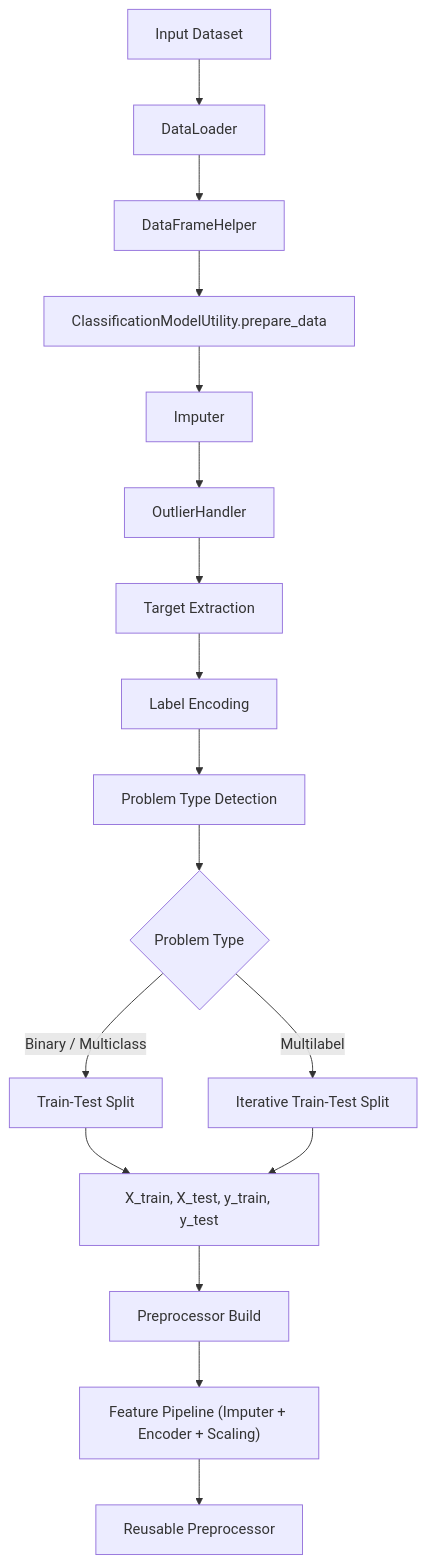
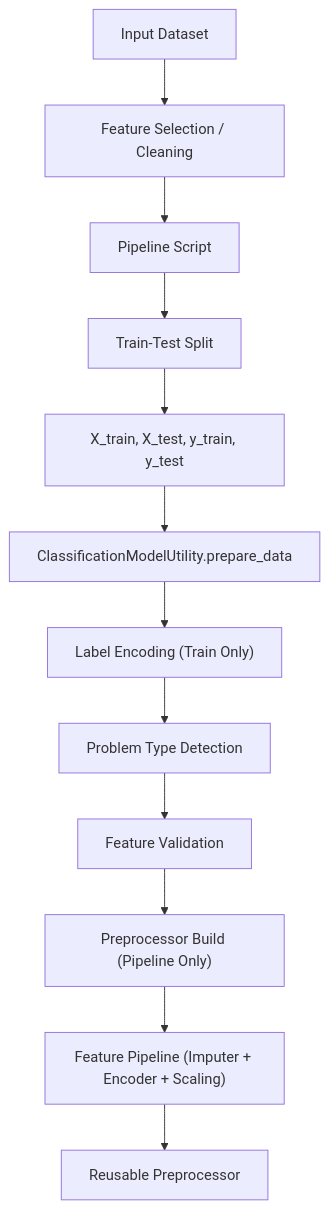
One commit to abhinavssingh/python-learnings changed the first of 4 diagrams in lib/utility/machinelearning/facade/CLASSIFICATIONMODELUTILITY.md. Above: the diagram before and after it, drawn with Mermaid. The commit also changed other lines of this file and 23 other files, not shown here.

Commit message:
refactoring pipeline script for inferencing

````diff
--- a/lib/utility/machinelearning/facade/CLASSIFICATIONMODELUTILITY.md
+++ b/lib/utility/machinelearning/facade/CLASSIFICATIONMODELUTILITY.md
@@ -40,29 +50,22 @@
 ```mermaid
 flowchart TD
-    A[Input Dataset] --> B[DataLoader]
-    B --> C[DataFrameHelper]
 
-    C --> D[ClassificationModelUtility.prepare_data]
+    A[Input Dataset] --> B[Feature Selection / Cleaning]
 
-    D --> E[Imputer]
-    E --> F[OutlierHandler]
+    B --> C[Pipeline Script]
 
-    F --> G[Target Extraction]
+    C --> D[Train-Test Split]
+    D --> E[X_train, X_test, y_train, y_test]
 
-    G --> H[Label Encoding]
-    H --> I[Problem Type Detection]
+    E --> F[ClassificationModelUtility.prepare_data]
 
-    I --> J{Problem Type}
+    F --> G["Label Encoding (Train Only)"]
+    G --> H[Problem Type Detection]
 
-    J -->|Binary / Multiclass| K[Train-Test Split]
-    J -->|Multilabel| L[Iterative Train-Test Split]
+    H --> I[Feature Validation]
+    I --> J["Preprocessor Build (Pipeline Only)"]
 
-    K --> M[X_train, X_test, y_train, y_test]
-    L --> M
+    J --> K["Feature Pipeline (Imputer + Encoder + Scaling)"]
 
-    M --> N[Preprocessor Build]
-
-    N --> O["Feature Pipeline (Imputer + Encoder + Scaling)"]
-
-    O --> P[Reusable Preprocessor]
+    K --> L[Reusable Preprocessor]
 ```
````
